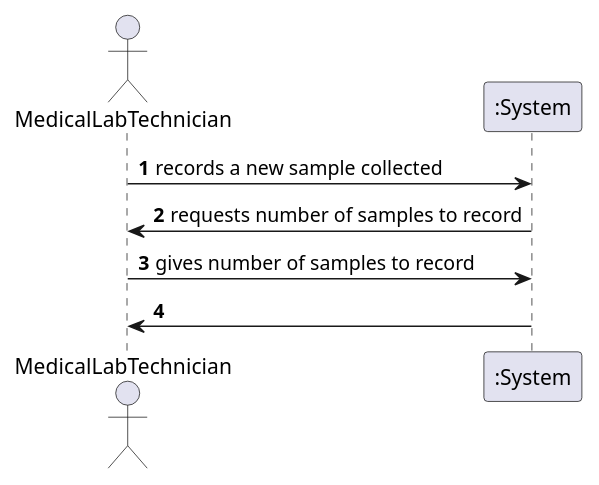
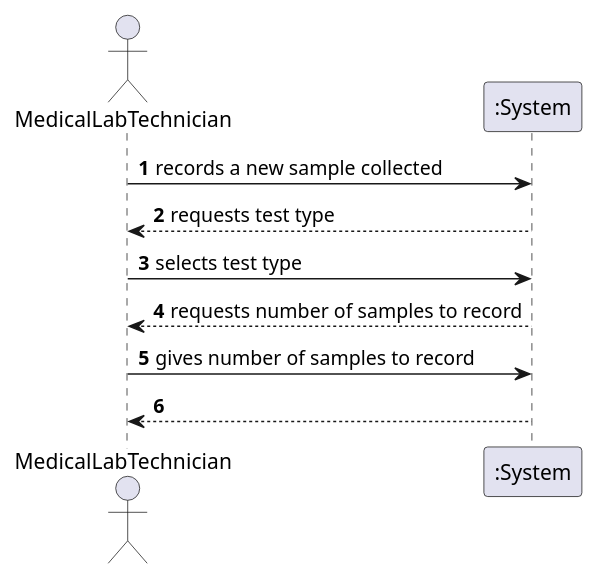
The diagram in docs/SprintC/US5/US5_SSD.puml (MadDinosaur/ISEP-LAPR2), drawn with PlantUML before and after one commit. The commit also changed 5 other files, not shown here.

```diff
--- a/docs/SprintC/US5/US5_SSD.puml
+++ b/docs/SprintC/US5/US5_SSD.puml
@@ -1,12 +1,14 @@
 @startuml
 
 autonumber
 
 actor MedicalLabTechnician as mlt
 participant ":System" as sys
 mlt -> sys: records a new sample collected
-sys -> mlt: requests number of samples to record
+sys --> mlt: requests test type
+mlt -> sys: selects test type
+sys --> mlt: requests number of samples to record
 mlt -> sys: gives number of samples to record
-sys -> mlt:
+sys --> mlt:
 
 @enduml
```
